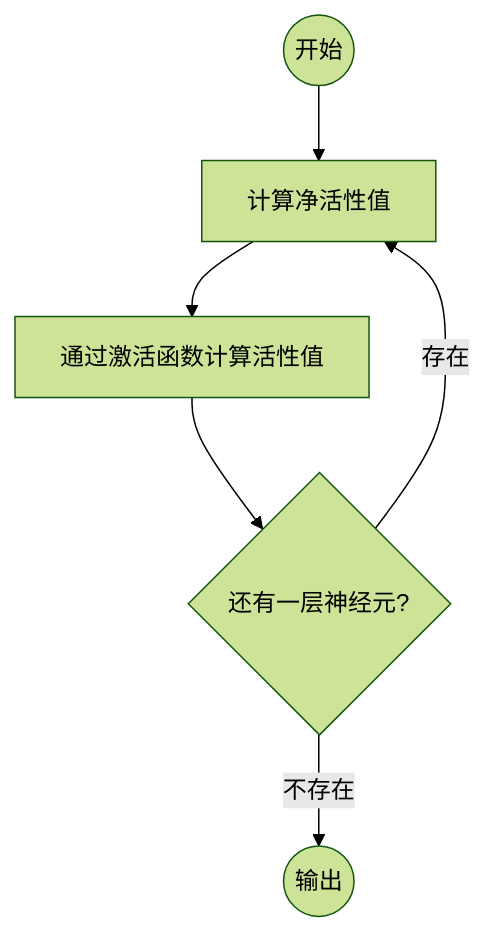
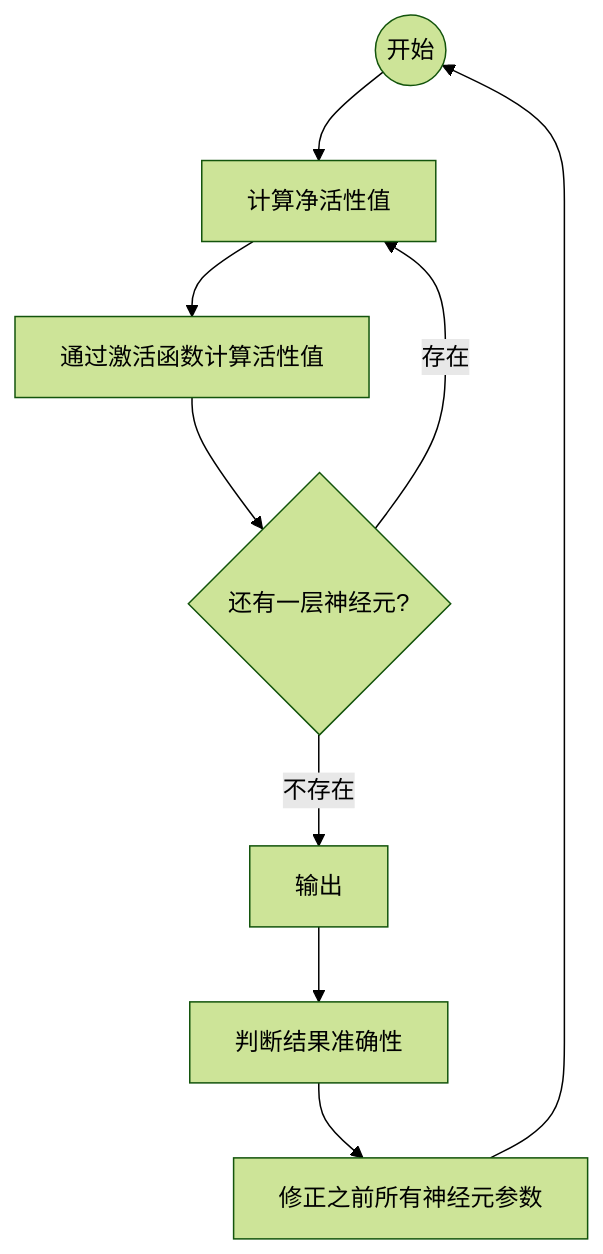
One commit to CZM1998/ai changed the diagram in ANN/FNN/FNN_1.md. Above: the diagram before and after it, drawn with Mermaid (forest theme). The commit also changed 5 other files, not shown here.

````diff
--- a/ANN/FNN/FNN_1.md
+++ b/ANN/FNN/FNN_1.md
@@ -32,8 +32,11 @@
 ```mermaid
 graph TD
 start((开始))-->net_activation[计算净活性值]
 net_activation-->activation[通过激活函数计算活性值]
 activation-->have_next{还有一层神经元?}
 have_next--存在-->net_activation
-have_next--不存在-->finish((输出))
+have_next--不存在-->finish[输出]
+finish-->check[判断结果准确性]
+check-->fix[修正之前所有神经元参数]
+fix-->start
 ```
````
